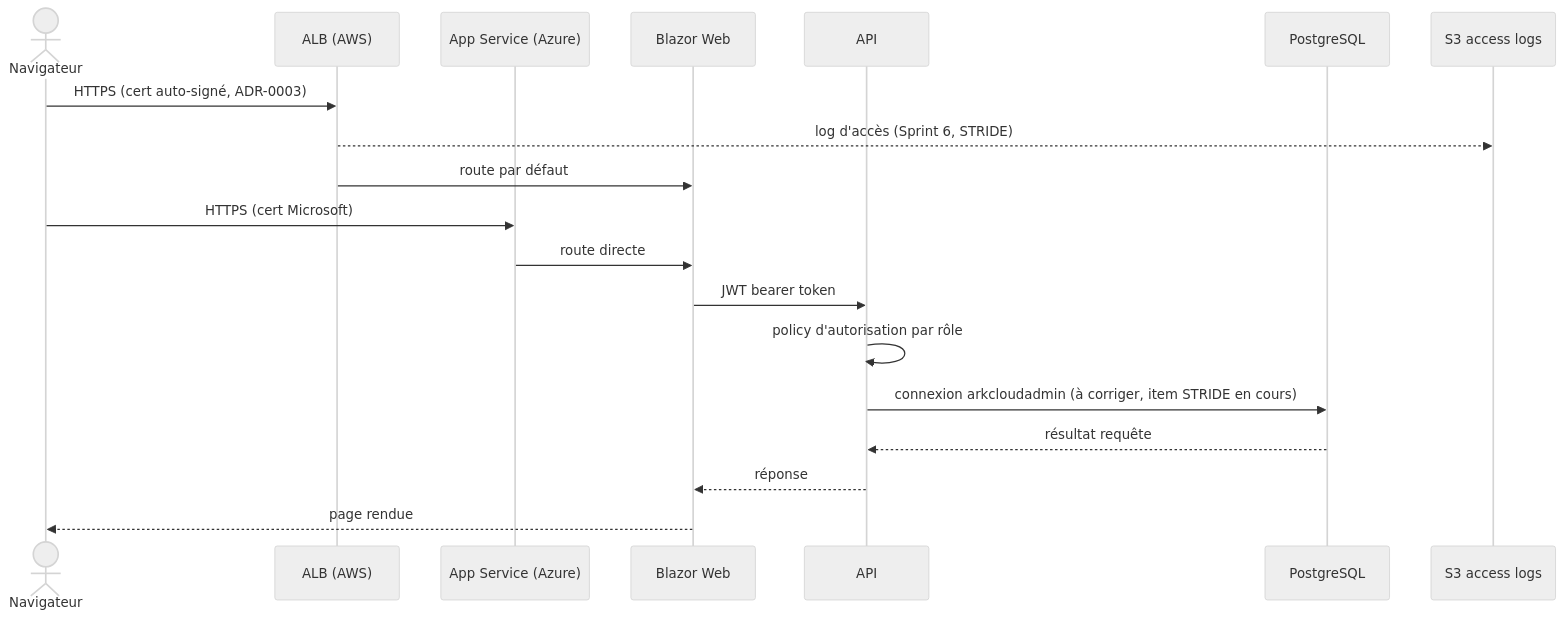
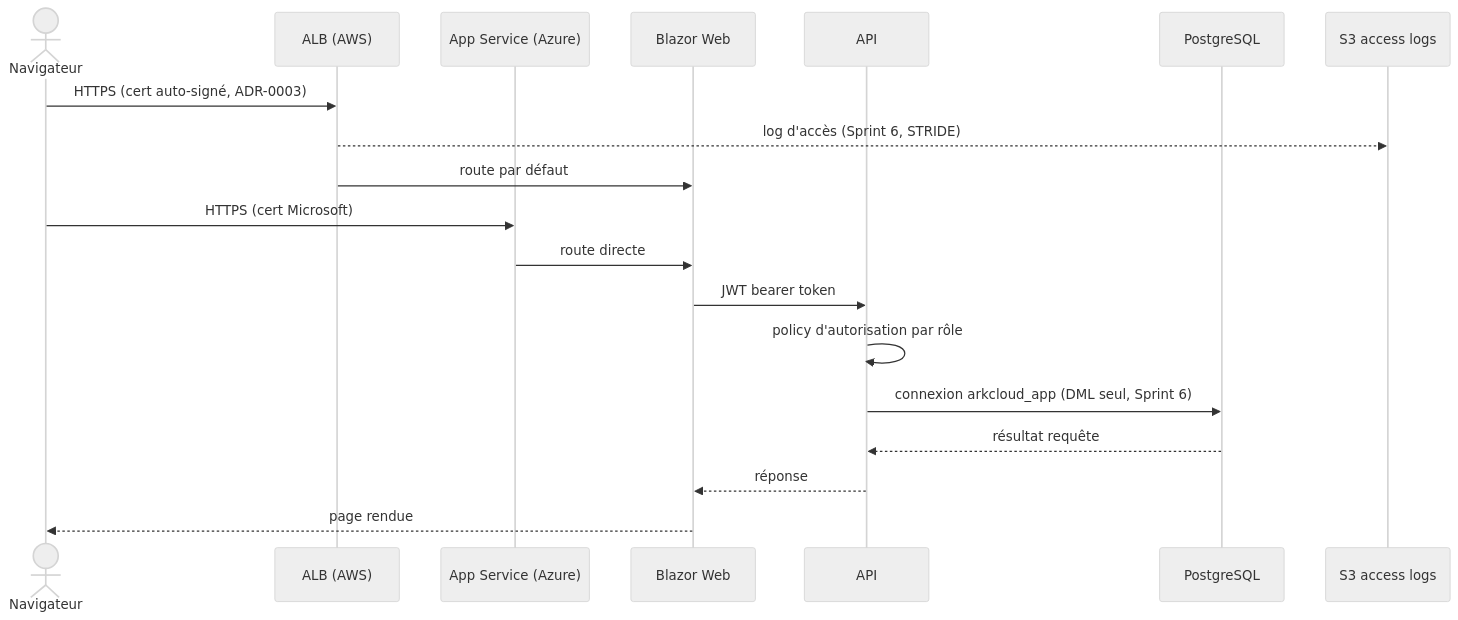
One commit to epiph11/ArkCloudApp changed the third of 8 diagrams in docs/architecture-arkcloud.md. Above: the diagram before and after it, drawn with Mermaid (neutral theme). The commit also changed other lines of this file, not shown here.

First line of the commit message:
docs(architecture): ajoute le schema arkcloud_app + rafraichit le resume STRIDE (07/09/2026)

````diff
--- a/docs/architecture-arkcloud.md
+++ b/docs/architecture-arkcloud.md
@@ -150,22 +150,22 @@
 ```mermaid
 sequenceDiagram
     actor U as Navigateur
     participant ALB as ALB (AWS)
     participant AZ as App Service (Azure)
     participant WEB as Blazor Web
     participant API as API
     participant DB as PostgreSQL
     participant S3 as S3 access logs
 
     U->>ALB: HTTPS (cert auto-signé, ADR-0003)
     ALB-->>S3: log d'accès (Sprint 6, STRIDE)
     ALB->>WEB: route par défaut
     U->>AZ: HTTPS (cert Microsoft)
     AZ->>WEB: route directe
     WEB->>API: JWT bearer token
     API->>API: policy d'autorisation par rôle
-    API->>DB: connexion arkcloudadmin (à corriger, item STRIDE en cours)
+    API->>DB: connexion arkcloud_app (DML seul, Sprint 6)
     DB-->>API: résultat requête
     API-->>WEB: réponse
     WEB-->>U: page rendue
 ```
````
